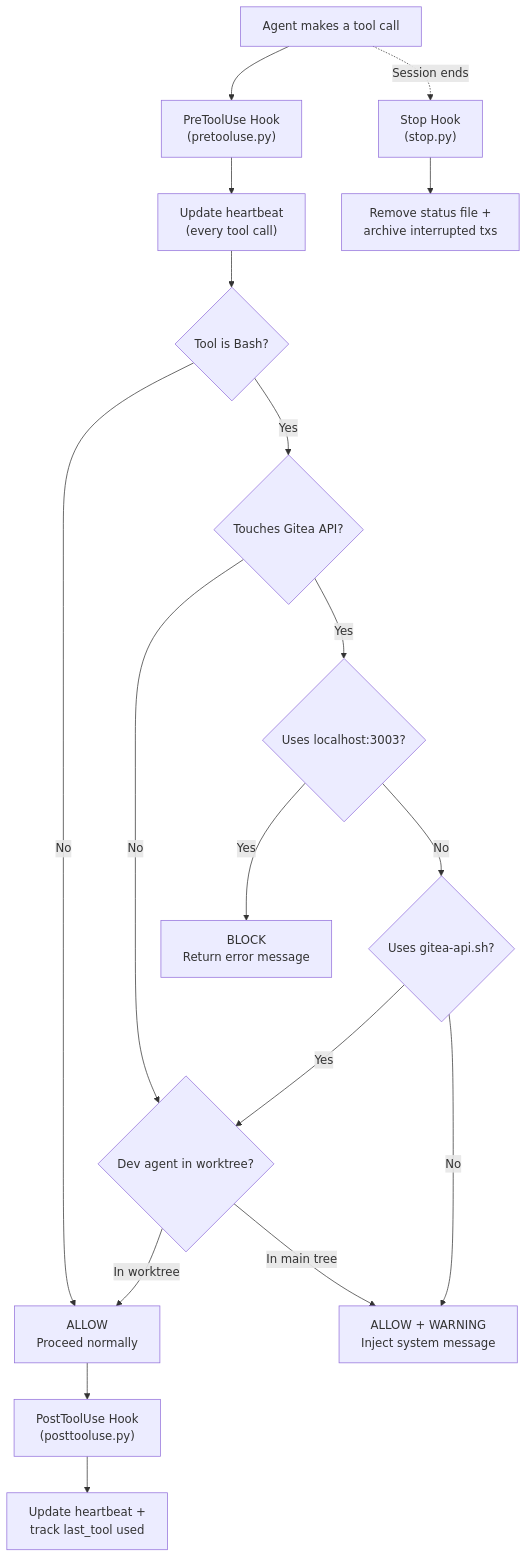
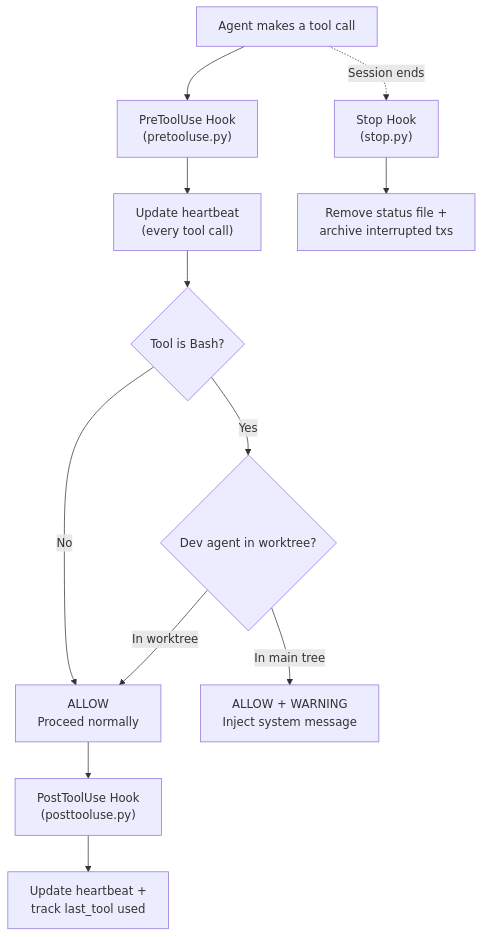
The sixth of 7 diagrams in README.md (WastelandWares/wasteland-orchestrator), drawn with Mermaid before and after one commit. The commit also changed other lines of this file and 14 other files, not shown here.

````diff
--- a/README.md
+++ b/README.md
@@ -305,38 +293,28 @@
 ```mermaid
 flowchart TD
     TC["Agent makes a tool call"]
     PRE["PreToolUse Hook<br/>(pretooluse.py)"]
     HB["Update heartbeat<br/>(every tool call)"]
     BASH{"Tool is Bash?"}
-    GITEA{"Touches Gitea API?"}
-    LOCAL{"Uses localhost:3003?"}
-    LIB{"Uses gitea-api.sh?"}
     WT{"Dev agent in worktree?"}
-    BLOCK["BLOCK<br/>Return error message"]
     WARN["ALLOW + WARNING<br/>Inject system message"]
     ALLOW["ALLOW<br/>Proceed normally"]
     POST["PostToolUse Hook<br/>(posttooluse.py)"]
     TRACK["Update heartbeat +<br/>track last_tool used"]
     STOP["Stop Hook<br/>(stop.py)"]
     CLEAN["Remove status file +<br/>archive interrupted txs"]
 
     TC --> PRE
     PRE --> HB
     HB --> BASH
     BASH -->|"No"| ALLOW
-    BASH -->|"Yes"| GITEA
-    GITEA -->|"No"| WT
-    GITEA -->|"Yes"| LOCAL
-    LOCAL -->|"Yes"| BLOCK
-    LOCAL -->|"No"| LIB
-    LIB -->|"Yes"| WT
-    LIB -->|"No"| WARN
+    BASH -->|"Yes"| WT
     WT -->|"In worktree"| ALLOW
     WT -->|"In main tree"| WARN
 
     ALLOW --> POST
     POST --> TRACK
 
     TC -.->|"Session ends"| STOP
     STOP --> CLEAN
 ```
````
